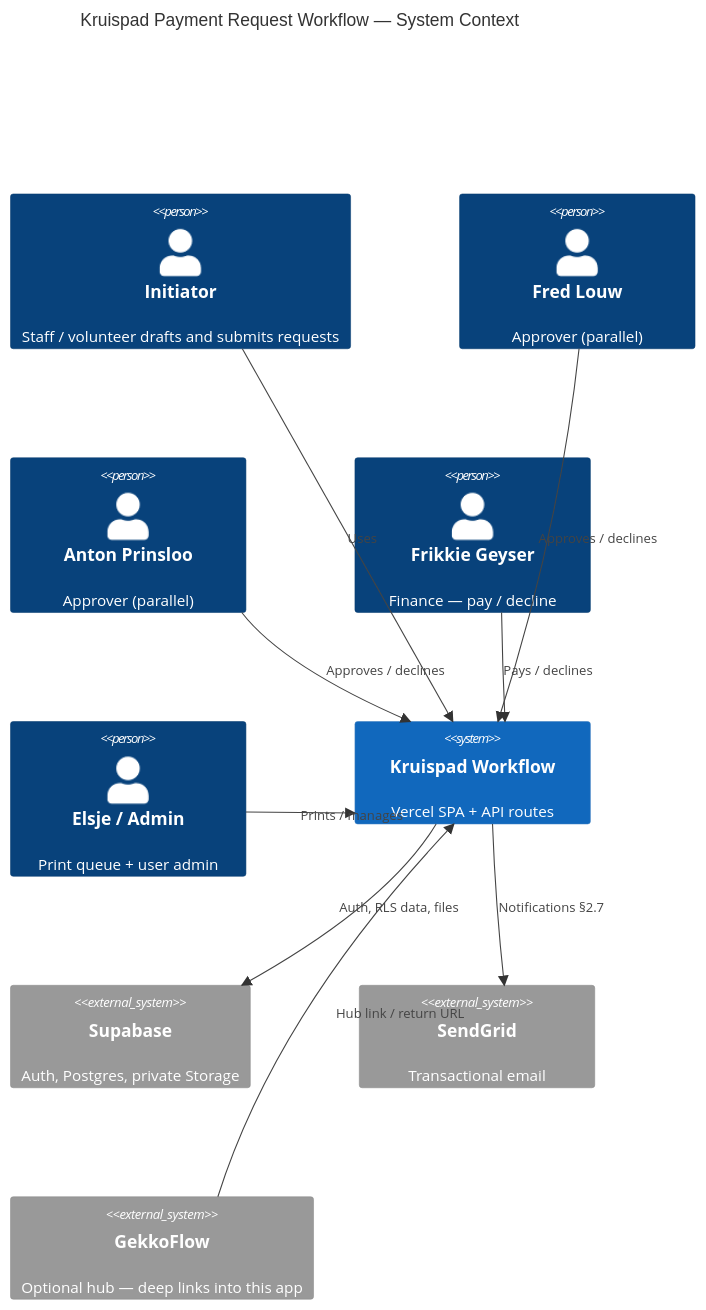
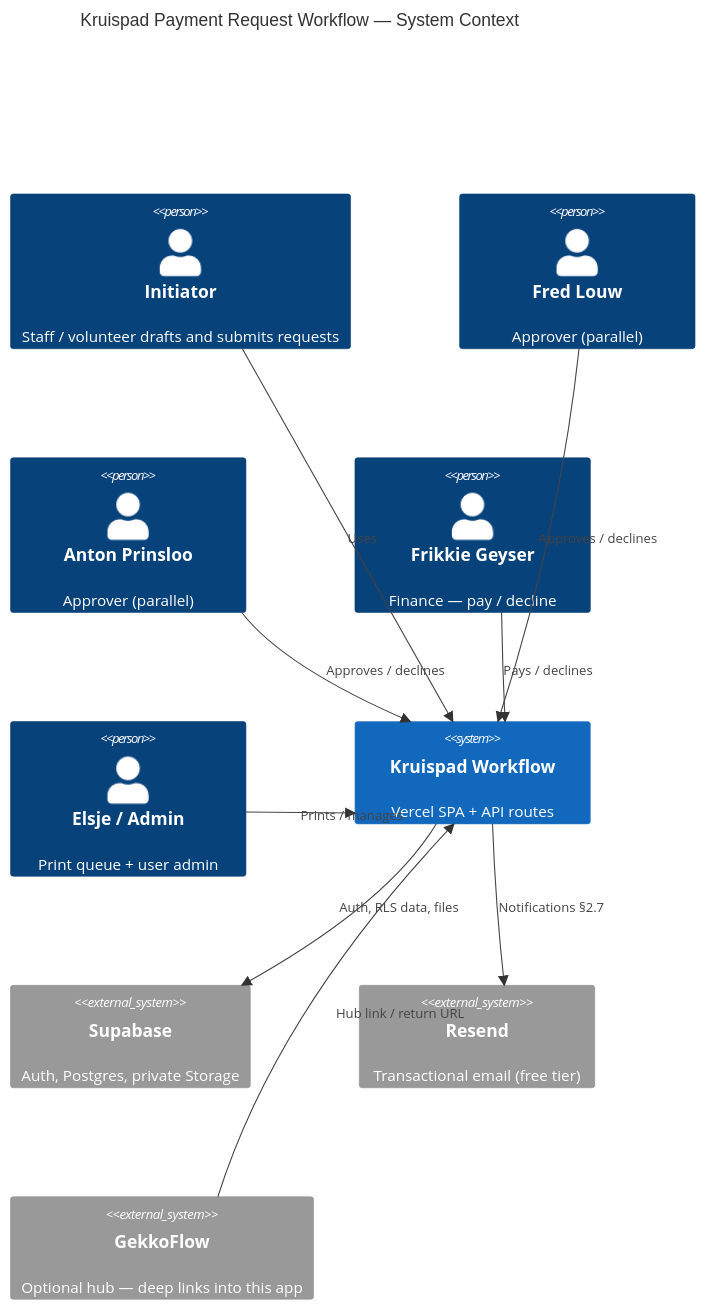
The first of 3 diagrams in docs/architecture/ARCHITECTURE.md (EswanHoll/Kruispad), drawn with Mermaid before and after one commit. The commit also changed other lines of this file and 9 other files, not shown here.

First line of the commit message:
chore: switch email provider from SendGrid to Resend

````diff
--- a/docs/architecture/ARCHITECTURE.md
+++ b/docs/architecture/ARCHITECTURE.md
@@ -33,21 +33,21 @@
 ```mermaid
 C4Context
     title Kruispad Payment Request Workflow — System Context
     Person(initiator, "Initiator", "Staff / volunteer drafts and submits requests")
     Person(fred, "Fred Louw", "Approver (parallel)")
     Person(anton, "Anton Prinsloo", "Approver (parallel)")
     Person(finance, "Frikkie Geyser", "Finance — pay / decline")
     Person(admin, "Elsje / Admin", "Print queue + user admin")
     System(app, "Kruispad Workflow", "Vercel SPA + API routes")
     System_Ext(supabase, "Supabase", "Auth, Postgres, private Storage")
-    System_Ext(sendgrid, "SendGrid", "Transactional email")
+    System_Ext(resend, "Resend", "Transactional email (free tier)")
     System_Ext(gekkoflow, "GekkoFlow", "Optional hub — deep links into this app")
     Rel(initiator, app, "Uses")
     Rel(fred, app, "Approves / declines")
     Rel(anton, app, "Approves / declines")
     Rel(finance, app, "Pays / declines")
     Rel(admin, app, "Prints / manages")
     Rel(app, supabase, "Auth, RLS data, files")
-    Rel(app, sendgrid, "Notifications §2.7")
+    Rel(app, resend, "Notifications §2.7")
     Rel(gekkoflow, app, "Hub link / return URL")
 ```
````
